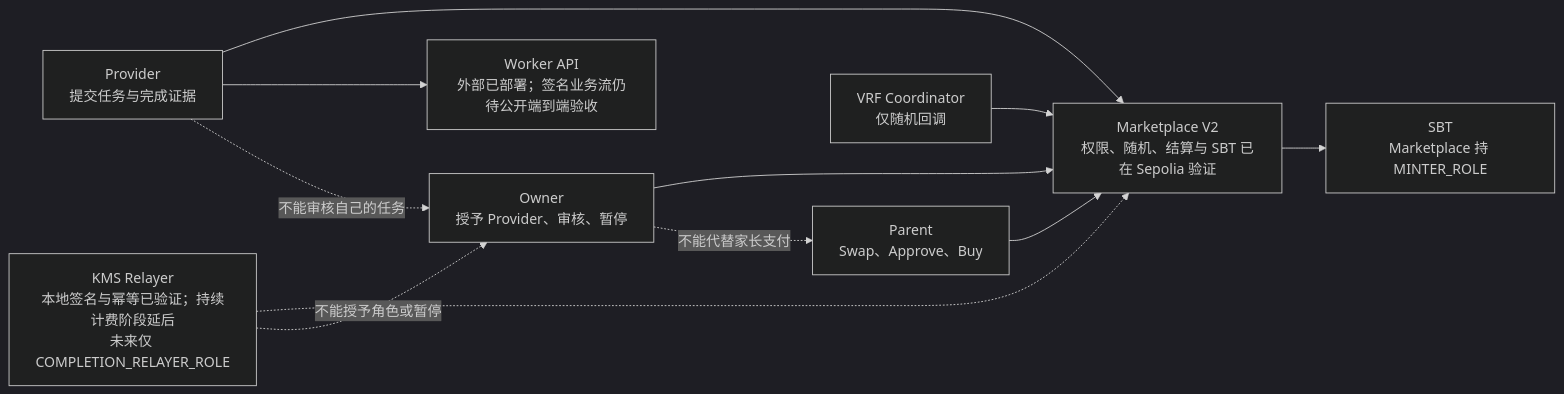
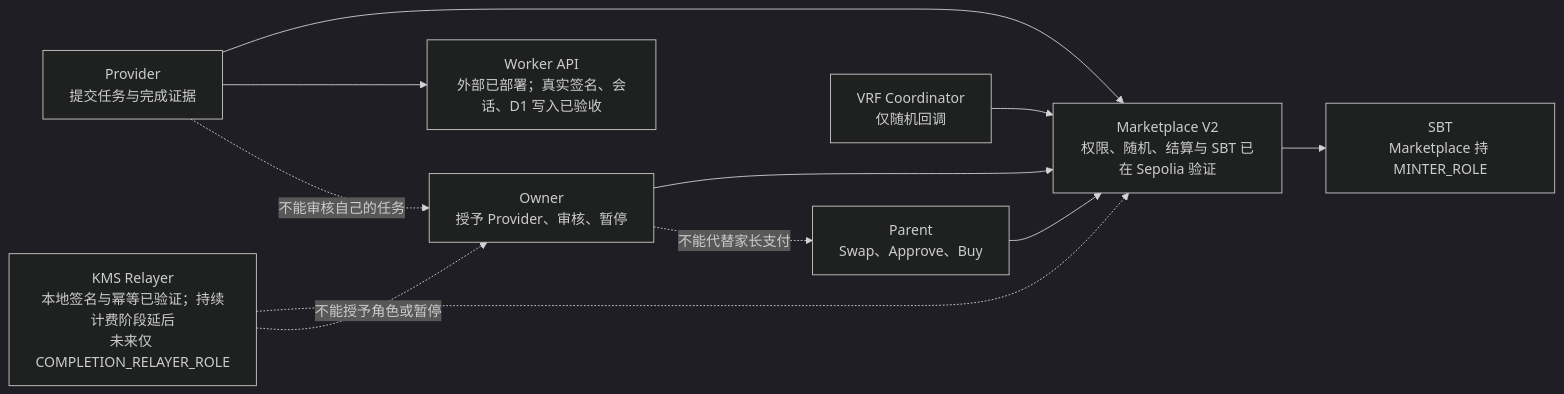
One commit to Tiancheng-Xu/babysteps changed the seventh of 8 diagrams in docs/architecture/starbuddy-web3-architecture.mmd. Above: the diagram before and after it, drawn with Mermaid (dark theme). The commit also changed other lines of this file and 26 other files, not shown here.

````diff
--- a/docs/architecture/starbuddy-web3-architecture.mmd
+++ b/docs/architecture/starbuddy-web3-architecture.mmd
@@ -203,14 +203,14 @@
 ```mermaid
 flowchart LR
     owner2["Owner<br/>授予 Provider、审核、暂停"] --> market["Marketplace V2<br/>权限、随机、结算与 SBT 已在 Sepolia 验证"]
     provider2["Provider<br/>提交任务与完成证据"] --> market
-    provider2 --> api["Worker API<br/>外部已部署；签名业务流仍待公开端到端验收"]
+    provider2 --> api["Worker API<br/>外部已部署；真实签名、会话、D1 写入已验收"]
     parent2["Parent<br/>Swap、Approve、Buy"] --> market
     relayer2["KMS Relayer<br/>本地签名与幂等已验证；持续计费阶段延后<br/>未来仅 COMPLETION_RELAYER_ROLE"] -.-> market
     coordinator["VRF Coordinator<br/>仅随机回调"] --> market
     market --> sbt2["SBT<br/>Marketplace 持 MINTER_ROLE"]
 
     owner2 -. "不能代替家长支付" .-> parent2
     provider2 -. "不能审核自己的任务" .-> owner2
     relayer2 -. "不能授予角色或暂停" .-> owner2
 ```
````
